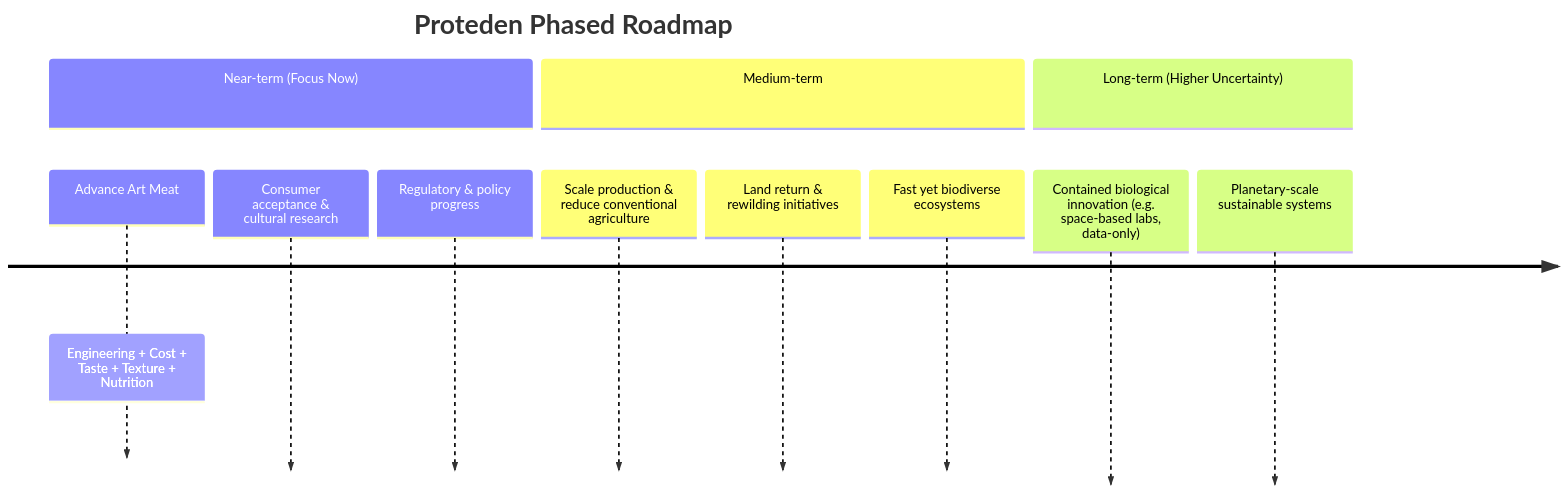
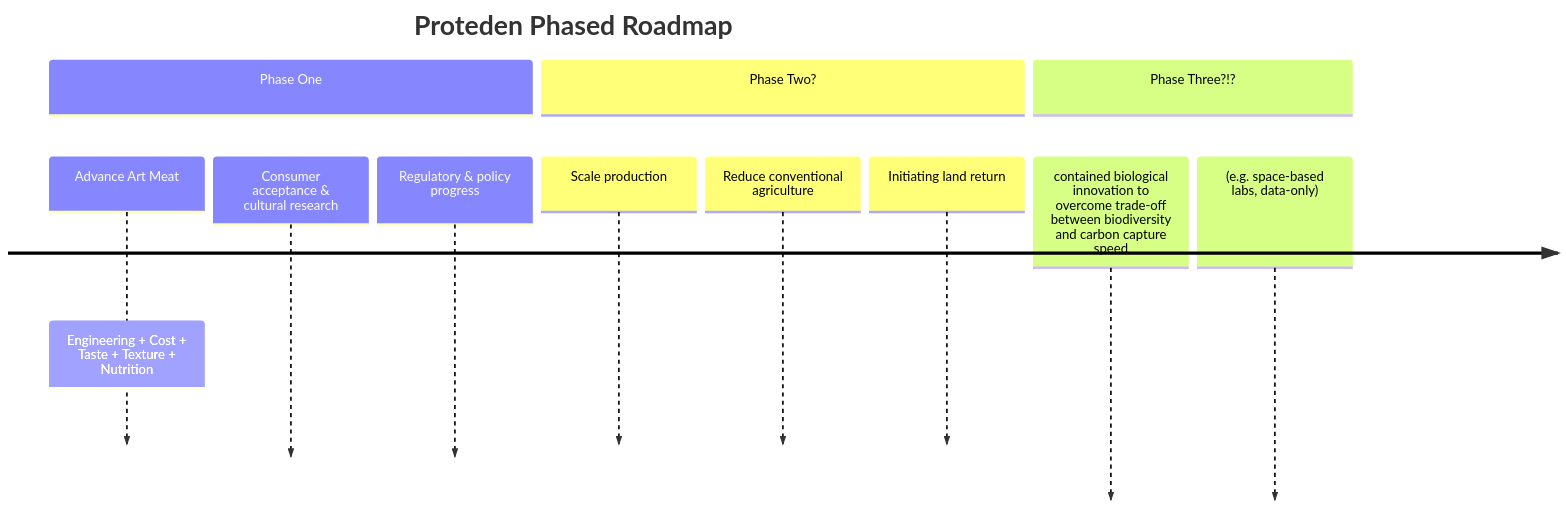
One commit to dreamstimlab/proteden changed the diagram in README.md. Above: the diagram before and after it, drawn with Mermaid. The commit also changed other lines of this file, not shown here.

First line of the commit message:
Revise core principles and roadmap in README

````diff
--- a/README.md
+++ b/README.md
@@ -29,15 +34,15 @@
 ```mermaid
 timeline
     title Proteden Phased Roadmap
-    section Near-term (Focus Now)
+    section Phase One
         Advance Art Meat : Engineering + Cost + Taste + Texture + Nutrition
         Consumer acceptance & cultural research
         Regulatory & policy progress
-    section Medium-term
-        Scale production & reduce conventional agriculture
-        Land return & rewilding initiatives
-        Fast yet biodiverse ecosystems
-    section Long-term (Higher Uncertainty)
-        Contained biological innovation (e.g. space-based labs, data-only)
-        Planetary-scale sustainable systems
+    section Phase Two?
+        Scale production
+        Reduce conventional agriculture
+        Initiating land return
+    section Phase Three?!?
+        contained biological innovation to overcome trade-off between biodiversity and carbon capture speed
+        (e.g. space-based labs, data-only)
 ```
````
